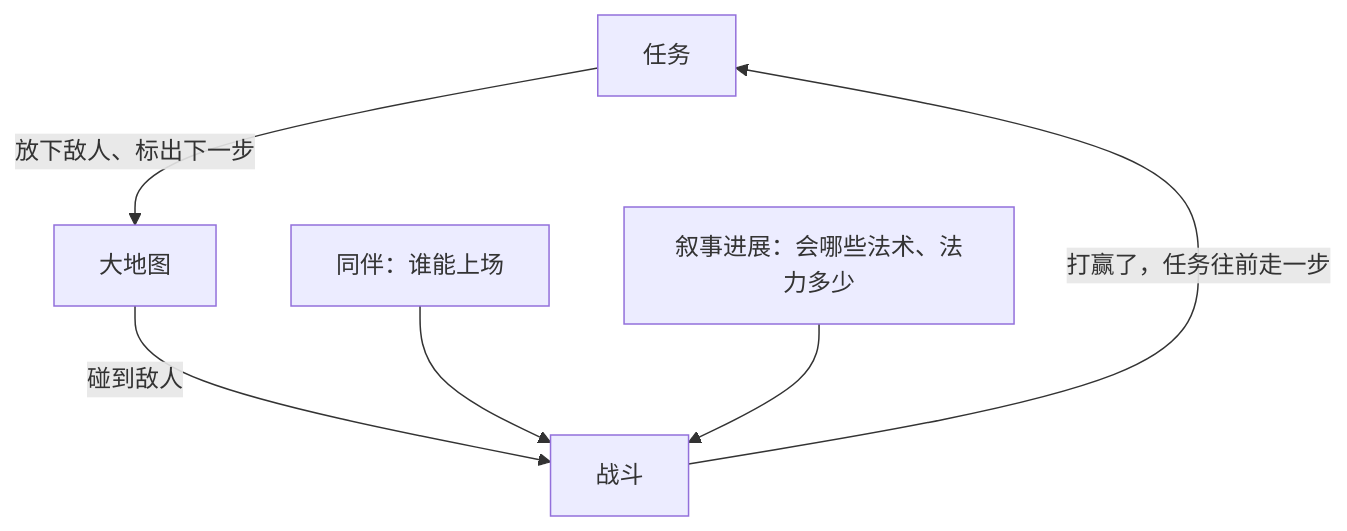
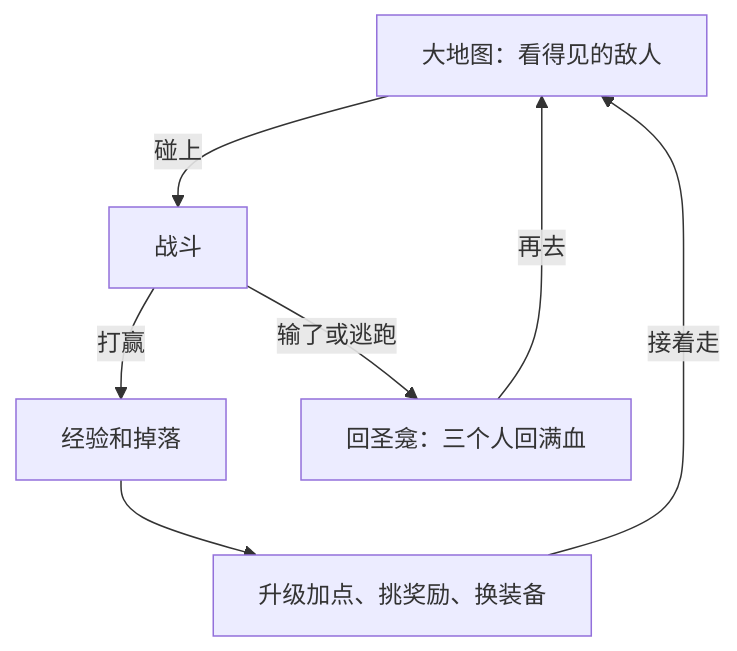
One commit to salt-byte/arthur-rpg changed the third of 4 diagrams in design/GDD.md. Above: the diagram before and after it, drawn with Mermaid. The commit also changed other lines of this file and 26 other files, not shown here.

First line of the commit message:
第 7 步重做：战斗照杀戮尖塔意图和原型的数，大地图、成长、装备照 Vampire's Fall 2

````diff
--- a/design/GDD.md
+++ b/design/GDD.md
@@ -38,8 +38,9 @@
 ```mermaid
 flowchart TD
-  Q[任务] -->|放下敌人、标出下一步| M[大地图]
-  M -->|碰到敌人| F[战斗]
-  F -->|打赢了，任务往前走一步| Q
-  C[同伴：谁能上场] --> F
-  U[叙事进展：会哪些法术、法力多少] --> F
+  M[大地图：看得见的敌人] -->|碰上| F[战斗]
+  F -->|打赢| R[经验和掉落]
+  R --> L[升级加点、挑奖励、换装备]
+  L -->|接着走| M
+  F -->|输了或逃跑| S[回圣龛：三个人回满血]
+  S -->|再去| M
 ```
````
